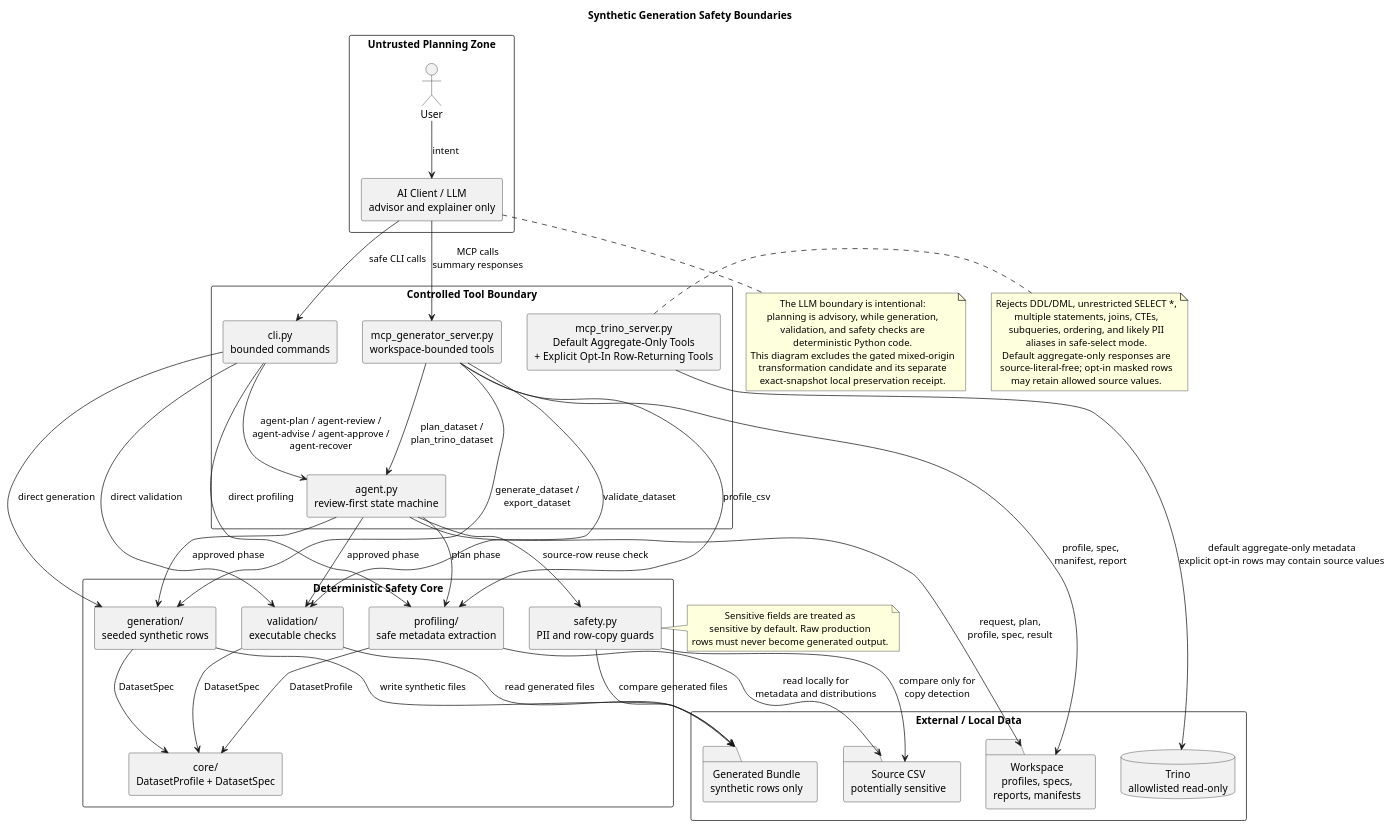
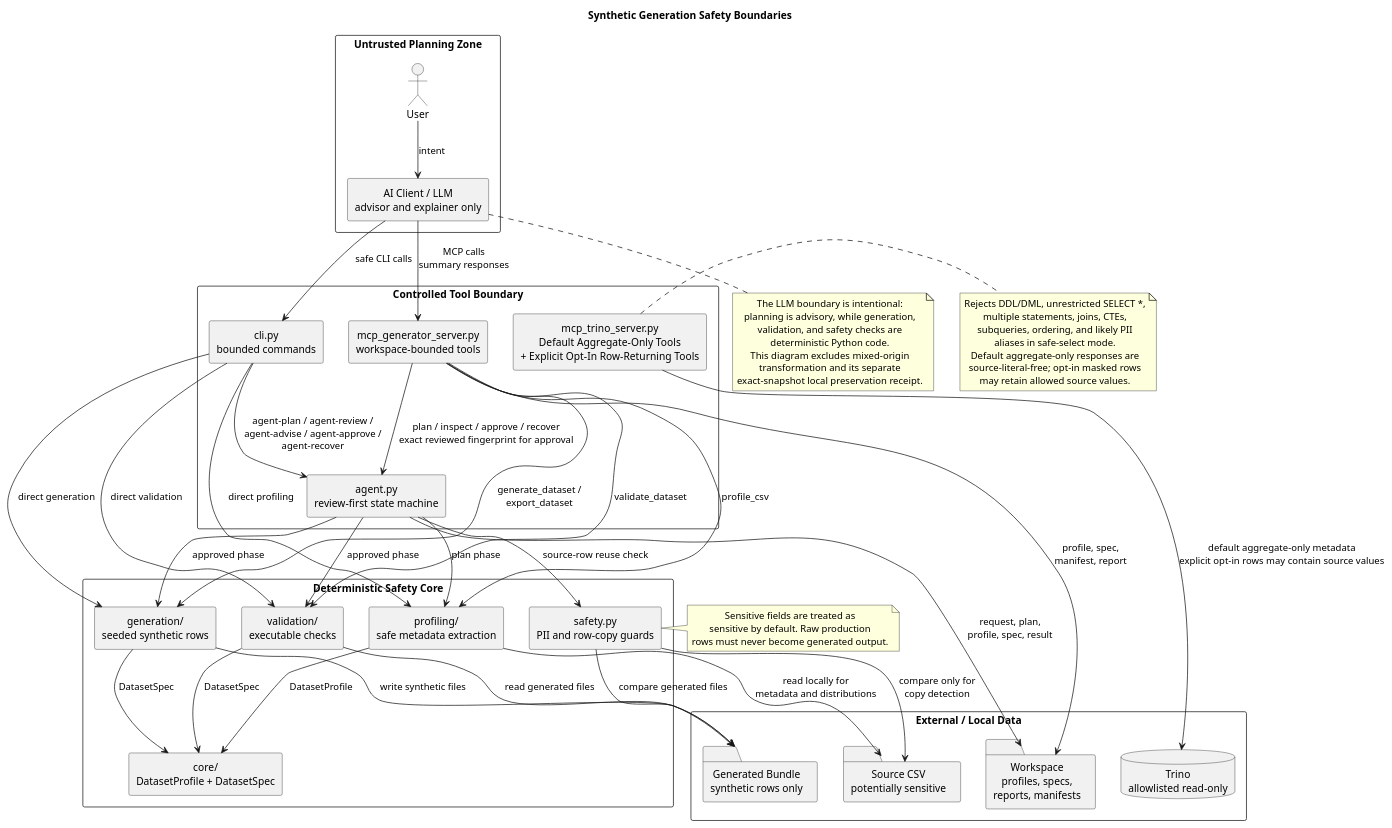
Before and after one commit to wa-pis/agent-paranoid-android: the diagram in docs/architecture_safety_boundaries.puml, drawn with PlantUML. The commit also changed 24 other files, not shown here.

```diff
--- a/docs/architecture_safety_boundaries.puml
+++ b/docs/architecture_safety_boundaries.puml
@@ -1,89 +1,89 @@
 @startuml
 title Synthetic Generation Safety Boundaries
 
 skinparam shadowing false
 skinparam componentStyle rectangle
 skinparam packageStyle rectangle
 skinparam defaultTextAlignment center
 
 package "Untrusted Planning Zone" {
   actor "User" as User
   component "AI Client / LLM\nadvisor and explainer only" as Llm
 }
 
 package "Controlled Tool Boundary" {
   component "cli.py\nbounded commands" as Cli
   component "agent.py\nreview-first state machine" as Agent
   component "mcp_generator_server.py\nworkspace-bounded tools" as GeneratorMcp
   component "mcp_trino_server.py\nDefault Aggregate-Only Tools\n+ Explicit Opt-In Row-Returning Tools" as TrinoMcp
 }
 
 package "Deterministic Safety Core" {
   component "profiling/\nsafe metadata extraction" as Profiling
   component "generation/\nseeded synthetic rows" as Generation
   component "validation/\nexecutable checks" as Validation
   component "safety.py\nPII and row-copy guards" as Safety
   component "core/\nDatasetProfile + DatasetSpec" as CoreModels
 }
 
 package "External / Local Data" {
   database "Trino\nallowlisted read-only" as Trino
   folder "Source CSV\npotentially sensitive" as SourceCsv
   folder "Workspace\nprofiles, specs,\nreports, manifests" as Workspace
   folder "Generated Bundle\nsynthetic rows only" as Output
 }
 
 User --> Llm : intent
 Llm --> Cli : safe CLI calls
 Llm --> GeneratorMcp : MCP calls\nsummary responses
 Cli --> Agent : agent-plan / agent-review /\nagent-advise / agent-approve /\nagent-recover
 Cli --> Profiling : direct profiling
 Cli --> Generation : direct generation
 Cli --> Validation : direct validation
 Agent --> Profiling : plan phase
 Agent --> Generation : approved phase
 Agent --> Validation : approved phase
 Agent --> Safety : source-row reuse check
 GeneratorMcp --> Profiling : profile_csv
-GeneratorMcp --> Agent : plan_dataset /\nplan_trino_dataset
+GeneratorMcp --> Agent : plan / inspect / approve / recover\nexact reviewed fingerprint for approval
 GeneratorMcp --> Generation : generate_dataset /\nexport_dataset
 GeneratorMcp --> Validation : validate_dataset
 TrinoMcp --> Trino : default aggregate-only metadata\nexplicit opt-in rows may contain source values
 Profiling --> SourceCsv : read locally for\nmetadata and distributions
 Profiling --> CoreModels : DatasetProfile
 Generation --> CoreModels : DatasetSpec
 Validation --> CoreModels : DatasetSpec
 Safety --> SourceCsv : compare only for\ncopy detection
 Agent --> Workspace : request, plan,\nprofile, spec, result
 GeneratorMcp --> Workspace : profile, spec,\nmanifest, report
 Generation --> Output : write synthetic files
 Validation --> Output : read generated files
 Safety --> Output : compare generated files
 
 note right of TrinoMcp
 Rejects DDL/DML, unrestricted SELECT *,
 multiple statements, joins, CTEs,
 subqueries, ordering, and likely PII
 aliases in safe-select mode.
 Default aggregate-only responses are
 source-literal-free; opt-in masked rows
 may retain allowed source values.
 end note
 
 note right of Safety
 Sensitive fields are treated as
 sensitive by default. Raw production
 rows must never become generated output.
 end note
 
 note bottom of Llm
 The LLM boundary is intentional:
 planning is advisory, while generation,
 validation, and safety checks are
 deterministic Python code.
-This diagram excludes the gated mixed-origin
-transformation candidate and its separate
+This diagram excludes mixed-origin
+transformation and its separate
 exact-snapshot local preservation receipt.
 end note
 
 @enduml
```
